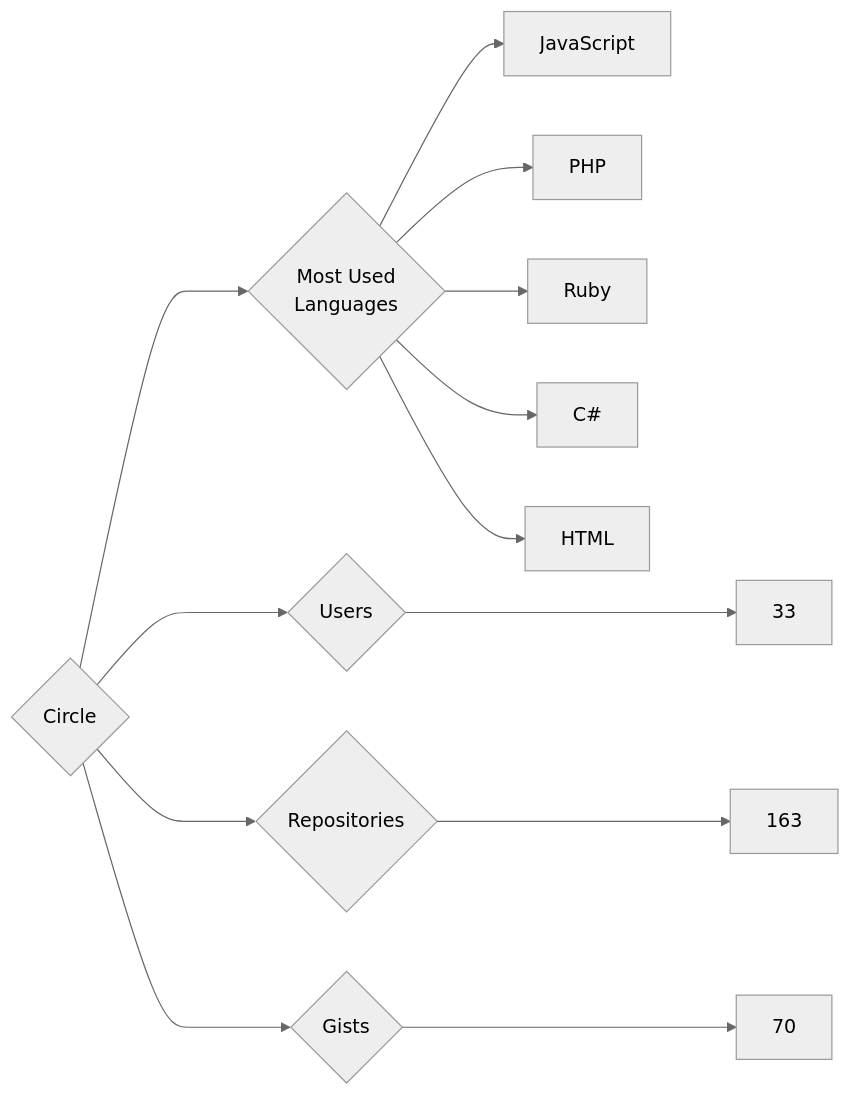
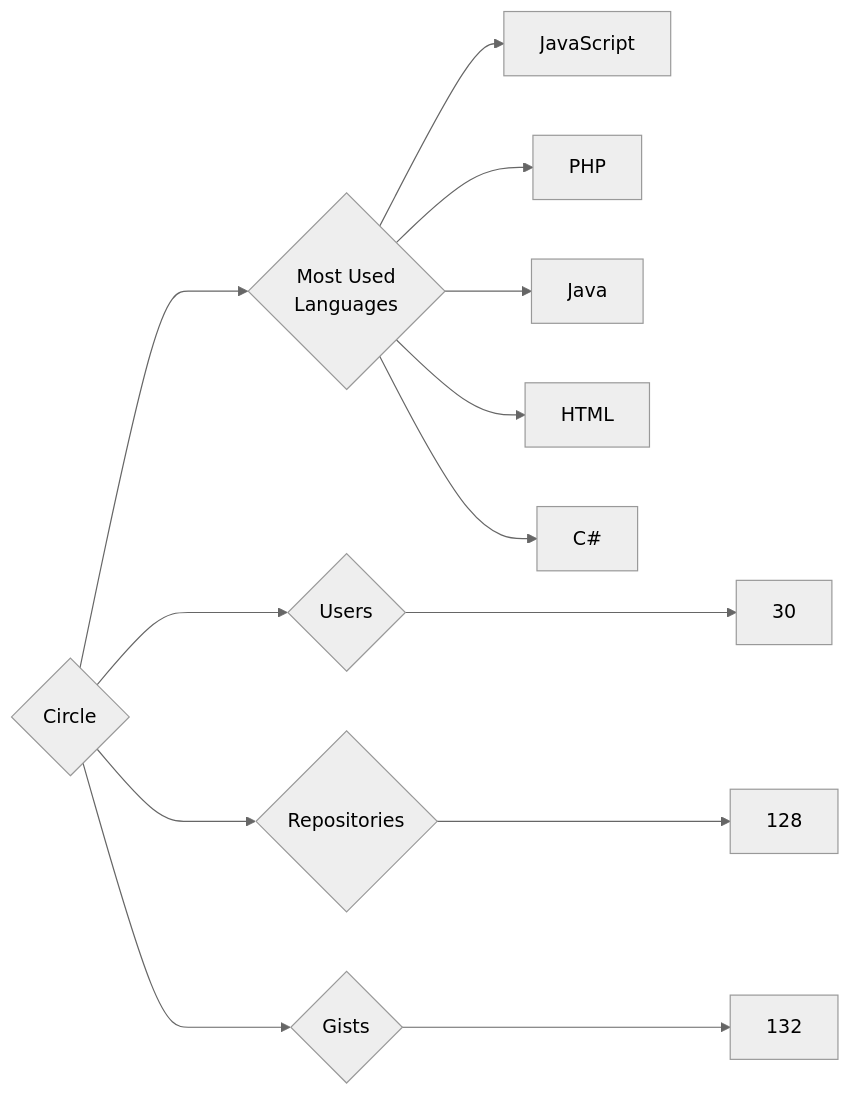
Before and after one commit to trickest/insiders: the diagram in targets/Circle/README.md, drawn with Mermaid (neutral theme). The commit also changed 965 other files, not shown here.

````diff
--- a/targets/Circle/README.md
+++ b/targets/Circle/README.md
@@ -3,13 +3,13 @@
 ```mermaid
 graph LR
 COMPANY_NAME{Circle}
-COMPANY_NAME ---> U{Users} ---> UN[33]
-COMPANY_NAME ---> R{Repositories} ---> RN[163]
-COMPANY_NAME ---> G{Gists} ---> GN[70]
+COMPANY_NAME ---> U{Users} ---> UN[30]
+COMPANY_NAME ---> R{Repositories} ---> RN[128]
+COMPANY_NAME ---> G{Gists} ---> GN[132]
 COMPANY_NAME ---> ML{Most Used<br>Languages}
 ML --> JavaScript[JavaScript]
 ML --> PHP[PHP]
-ML --> Ruby[Ruby]
+ML --> Java[Java]
+ML --> HTML[HTML]
 ML --> C#[C#]
-ML --> HTML[HTML]
 ```
````
